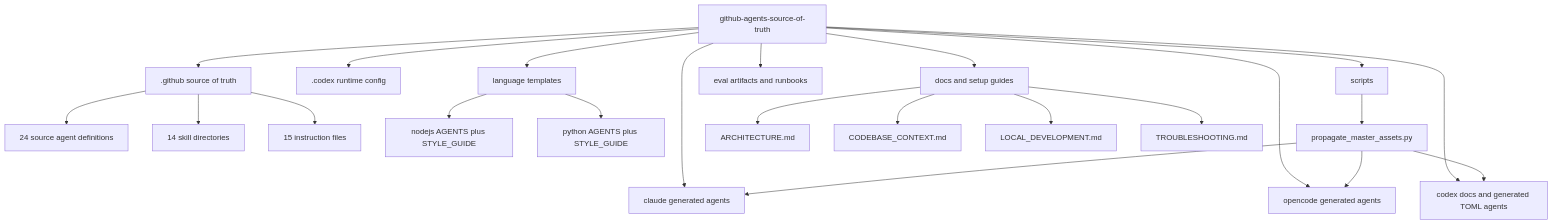
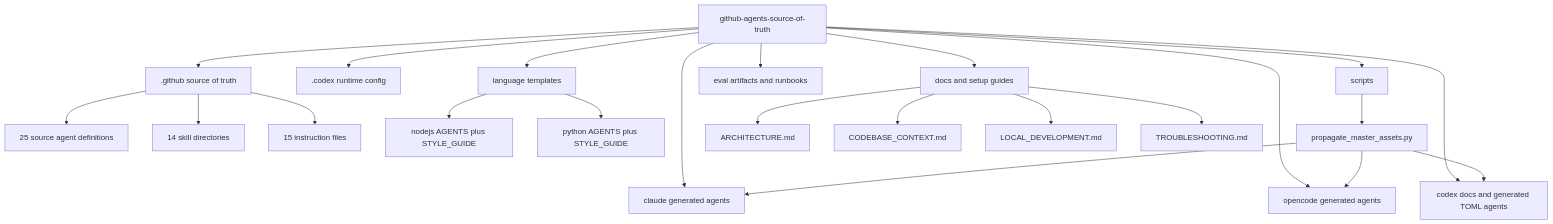
One commit to threnjen/thren-agentic-workflows changed the first of 3 diagrams in docs/ARCHITECTURE.md. Above: the diagram before and after it, drawn with Mermaid. The commit also changed other lines of this file and 14 other files, not shown here.

````diff
--- a/docs/ARCHITECTURE.md
+++ b/docs/ARCHITECTURE.md
@@ -17,31 +17,31 @@
 ```mermaid
 flowchart TD
     Root[github-agents-source-of-truth]
 
     Root --> GH[.github source of truth]
     Root --> Claude[claude generated agents]
     Root --> OpenCode[opencode generated agents]
     Root --> Codex[codex docs and generated TOML agents]
     Root --> Runtime[.codex runtime config]
     Root --> Templates[language templates]
     Root --> Docs[docs and setup guides]
     Root --> Eval[eval artifacts and runbooks]
     Root --> Scripts[scripts]
 
-    GH --> GHAgents[24 source agent definitions]
+    GH --> GHAgents[25 source agent definitions]
     GH --> GHSkills[14 skill directories]
     GH --> GHInstructions[15 instruction files]
 
     Templates --> Node[nodejs AGENTS plus STYLE_GUIDE]
     Templates --> Python[python AGENTS plus STYLE_GUIDE]
 
     Scripts --> Propagate[propagate_master_assets.py]
     Propagate --> Claude
     Propagate --> OpenCode
     Propagate --> Codex
 
     Docs --> ArchitectureDoc[ARCHITECTURE.md]
     Docs --> ContextDoc[CODEBASE_CONTEXT.md]
     Docs --> LocalDevDoc[LOCAL_DEVELOPMENT.md]
     Docs --> TroubleshootingDoc[TROUBLESHOOTING.md]
 ```
````
